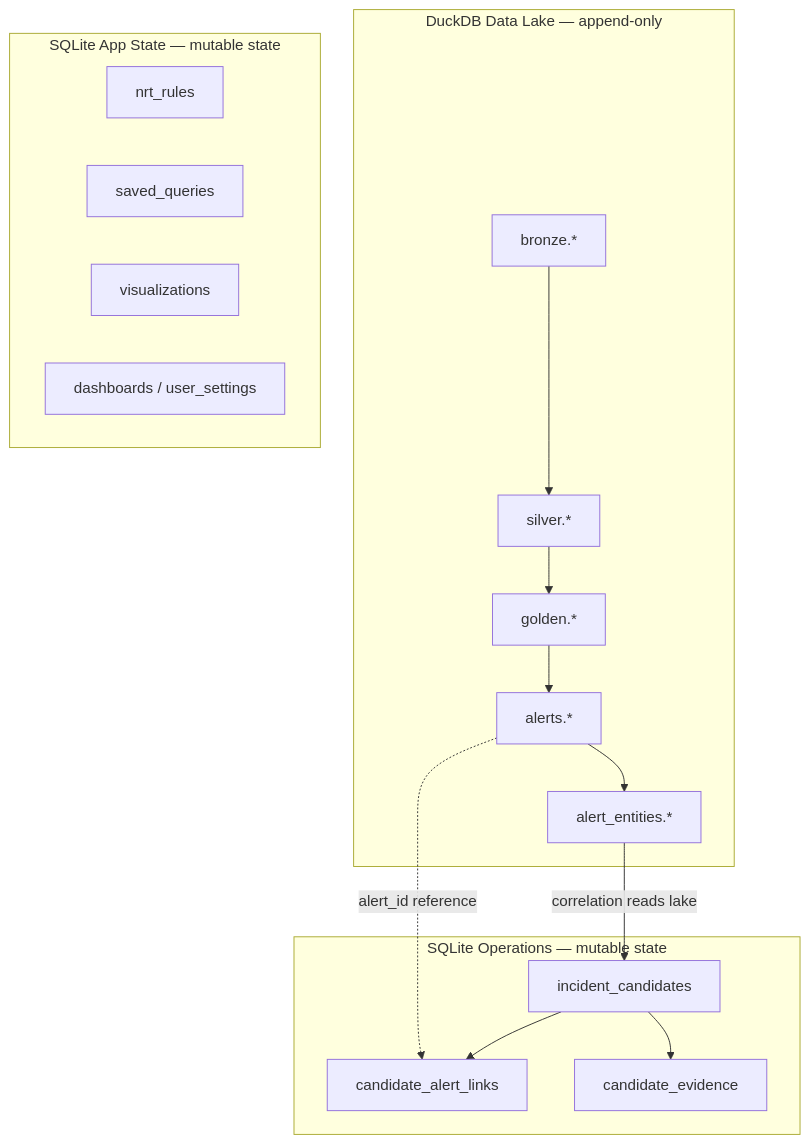
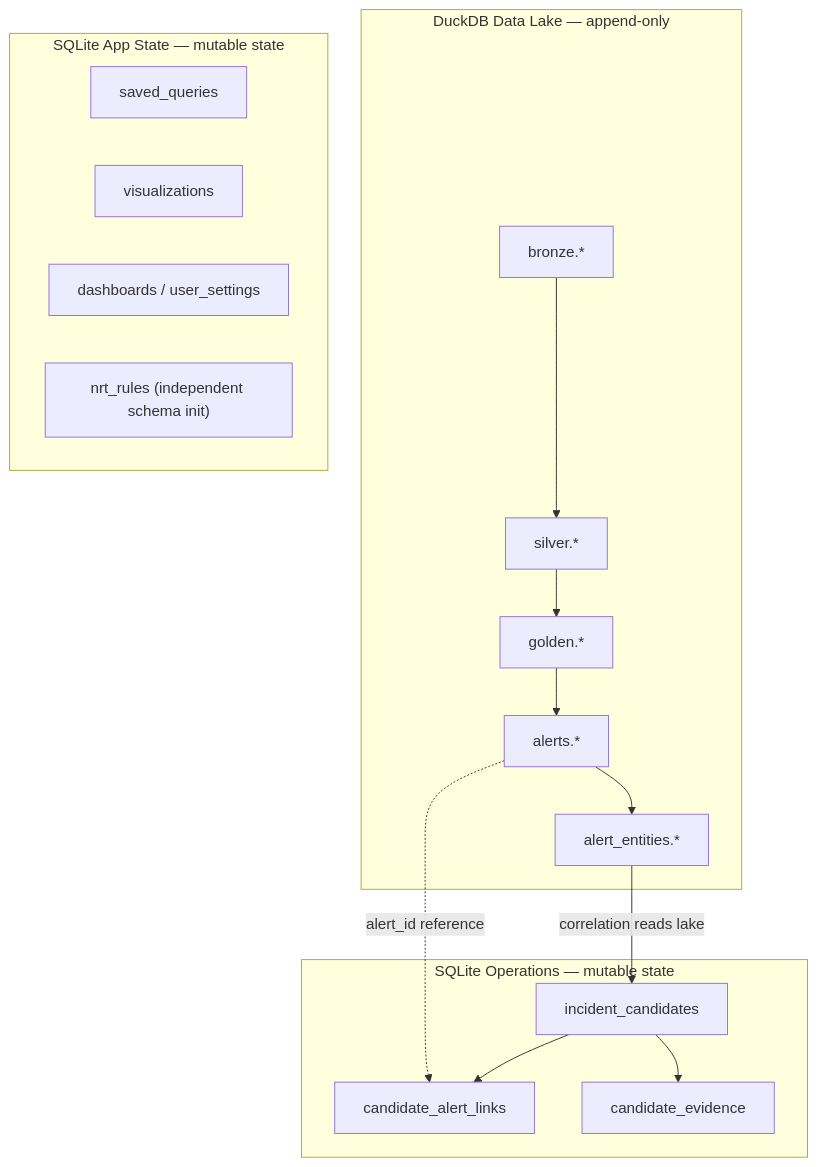
Before and after one commit to DeltaZulu-OU/DeltaZulu.Platform: the first of 6 diagrams in docs/ARCHITECTURE.md, drawn with Mermaid. The commit also changed other lines of this file and 6 other files, not shown here.

Commit message:
Fix documentation consistency: align cross-references, resolve drift, decompose roadmap

````diff
--- a/docs/ARCHITECTURE.md
+++ b/docs/ARCHITECTURE.md
@@ -344,24 +344,24 @@
 ```mermaid
 flowchart TD
     subgraph Lake["DuckDB Data Lake — append-only"]
         B[bronze.*] --> S[silver.*] --> G[golden.*]
         G --> A[alerts.*]
         A --> AE[alert_entities.*]
     end
     subgraph Ops["SQLite Operations — mutable state"]
         IC[incident_candidates]
         CAL[candidate_alert_links]
         CE[candidate_evidence]
     end
     subgraph AppState["SQLite App State — mutable state"]
-        NR[nrt_rules]
         SQ[saved_queries]
         VIS[visualizations]
         DASH[dashboards / user_settings]
+        NR["nrt_rules (independent schema init)"]
     end
 
     AE -->|correlation reads lake| IC
     IC --> CAL
     IC --> CE
     A -.->|alert_id reference| CAL
 ```
````
